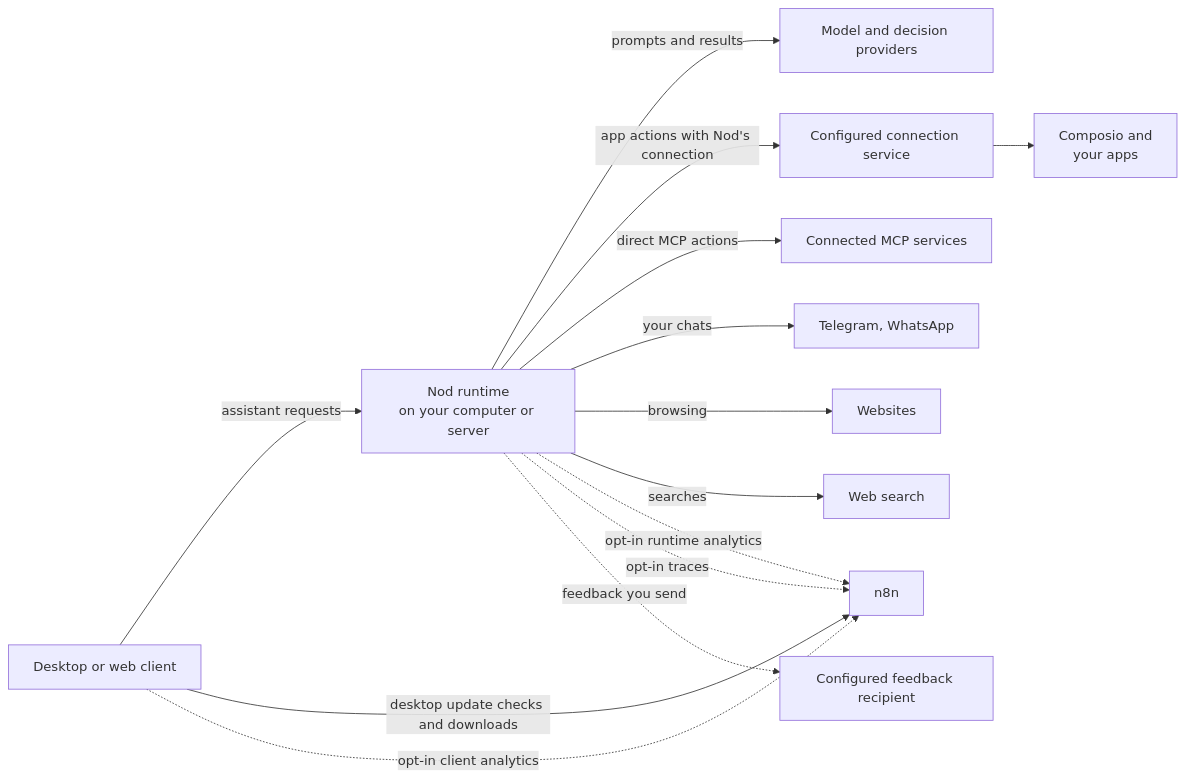
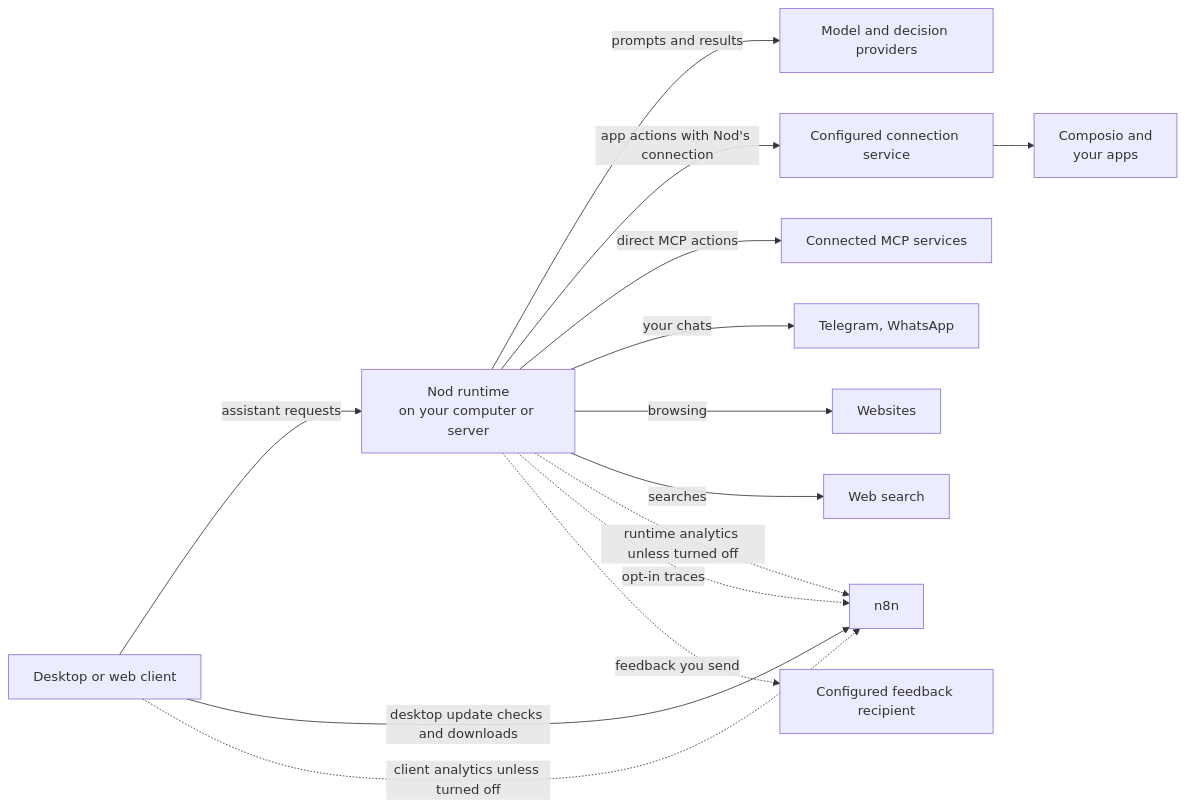
Before and after one commit to KrishBhimani/nod: the diagram in docs/src/content/docs/trust/privacy.md, drawn with Mermaid. The commit also changed other lines of this file and 68 other files, not shown here.

````diff
--- a/docs/src/content/docs/trust/privacy.md
+++ b/docs/src/content/docs/trust/privacy.md
@@ -41,17 +41,17 @@
 ```mermaid
 flowchart LR
   client[Desktop or web client]:::accent
   client -- assistant requests --> Nod["Nod runtime<br/>on your computer or server"]:::accent
   Nod -- prompts and results --> model[Model and decision providers]
   Nod -- app actions with Nod's connection --> managed["Configured connection service"]
   managed --> apps[Composio and<br/>your apps]
   Nod -- direct MCP actions --> mcp[Connected MCP services]
   Nod -- your chats --> chat[Telegram, WhatsApp]
   Nod -- browsing --> web[Websites]
   Nod -- searches --> search[Web search]
   client -- desktop update checks and downloads --> n8n[n8n]:::muted
-  client -. opt-in client analytics .-> n8n
-  Nod -. opt-in runtime analytics .-> n8n
+  client -. client analytics unless turned off .-> n8n
+  Nod -. runtime analytics unless turned off .-> n8n
   Nod -. opt-in traces .-> n8n[n8n]:::muted
   Nod -. feedback you send .-> feedback[Configured feedback recipient]:::muted
 ```
````
